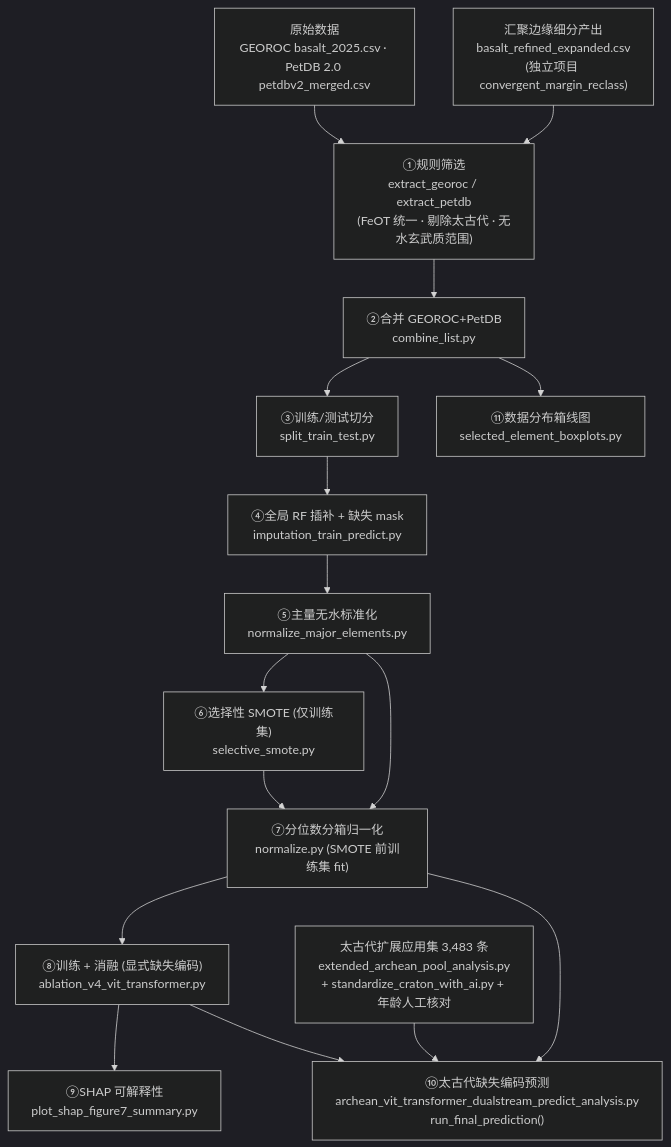
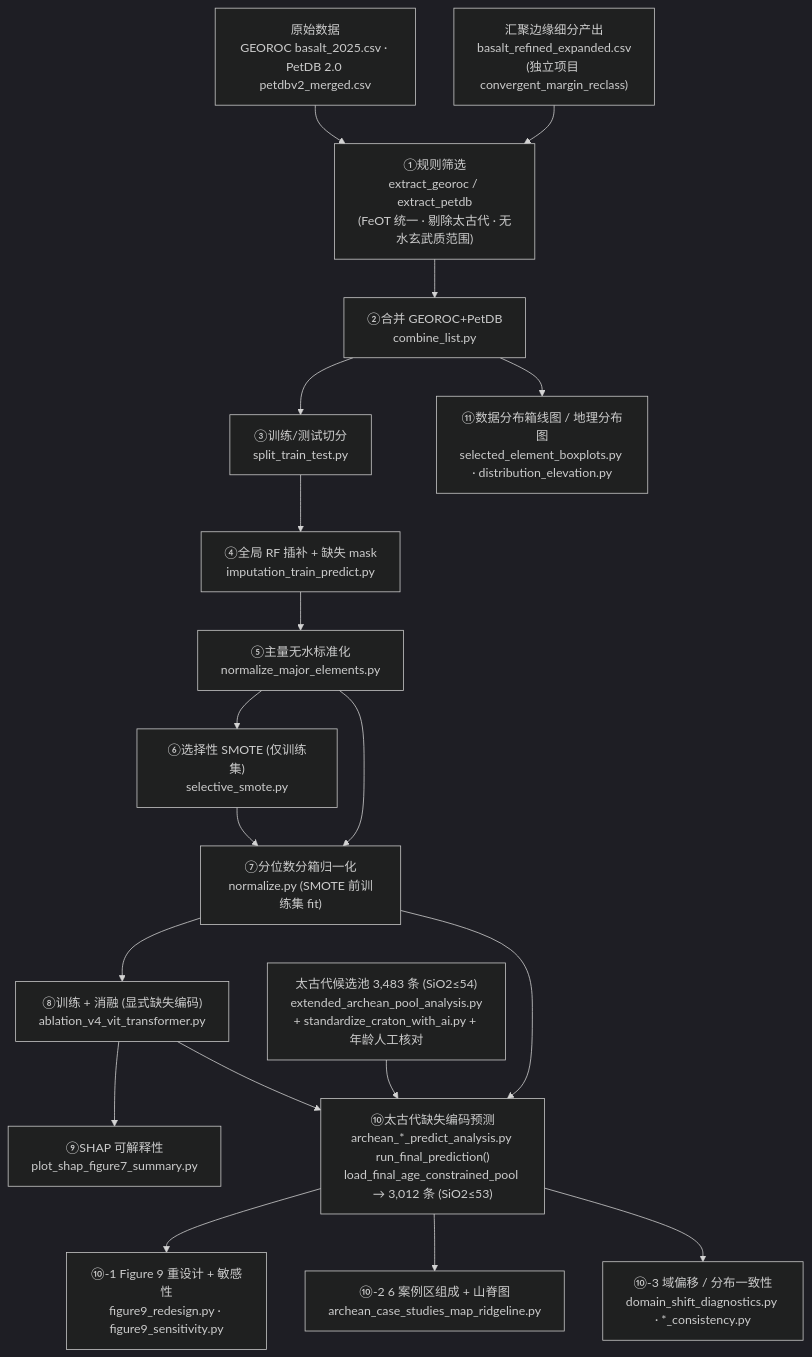
Before and after one commit to jiunuan/tectnoic_setting_discrimination: the diagram in docs/workflow.md, drawn with Mermaid (dark theme). The commit also changed other lines of this file and 14 other files, not shown here.

````diff
--- a/docs/workflow.md
+++ b/docs/workflow.md
@@ -30,18 +30,21 @@
 ```mermaid
 flowchart TD
     A["原始数据<br/>GEOROC basalt_2025.csv · PetDB 2.0 petdbv2_merged.csv"] --> B
     CM["汇聚边缘细分产出<br/>basalt_refined_expanded.csv<br/>(独立项目 convergent_margin_reclass)"] --> B["①规则筛选<br/>extract_georoc / extract_petdb<br/>(FeOT 统一 · 剔除太古代 · 无水玄武质范围)"]
     B --> C["②合并 GEOROC+PetDB<br/>combine_list.py"]
     C --> D["③训练/测试切分<br/>split_train_test.py"]
     D --> E["④全局 RF 插补 + 缺失 mask<br/>imputation_train_predict.py"]
     E --> F["⑤主量无水标准化<br/>normalize_major_elements.py"]
     F --> G["⑥选择性 SMOTE (仅训练集)<br/>selective_smote.py"]
     F --> H["⑦分位数分箱归一化<br/>normalize.py (SMOTE 前训练集 fit)"]
     G --> H
     H --> I["⑧训练 + 消融 (显式缺失编码)<br/>ablation_v4_vit_transformer.py"]
     I --> J["⑨SHAP 可解释性<br/>plot_shap_figure7_summary.py"]
-    K["太古代扩展应用集 3,483 条<br/>extended_archean_pool_analysis.py<br/>+ standardize_craton_with_ai.py + 年龄人工核对"] --> L
-    I --> L["⑩太古代缺失编码预测<br/>archean_vit_transformer_dualstream_predict_analysis.py<br/>run_final_prediction()"]
+    K["太古代候选池 3,483 条 (SiO2≤54)<br/>extended_archean_pool_analysis.py<br/>+ standardize_craton_with_ai.py + 年龄人工核对"] --> L
+    I --> L["⑩太古代缺失编码预测<br/>archean_*_predict_analysis.py run_final_prediction()<br/>load_final_age_constrained_pool → 3,012 条 (SiO2≤53)"]
     H --> L
-    C --> M["⑪数据分布箱线图<br/>selected_element_boxplots.py"]
+    L --> N["⑩-1 Figure 9 重设计 + 敏感性<br/>figure9_redesign.py · figure9_sensitivity.py"]
+    L --> O["⑩-2 6 案例区组成 + 山脊图<br/>archean_case_studies_map_ridgeline.py"]
+    L --> P["⑩-3 域偏移 / 分布一致性<br/>domain_shift_diagnostics.py · *_consistency.py"]
+    C --> M["⑪数据分布箱线图 / 地理分布图<br/>selected_element_boxplots.py · distribution_elevation.py"]
 ```
````
